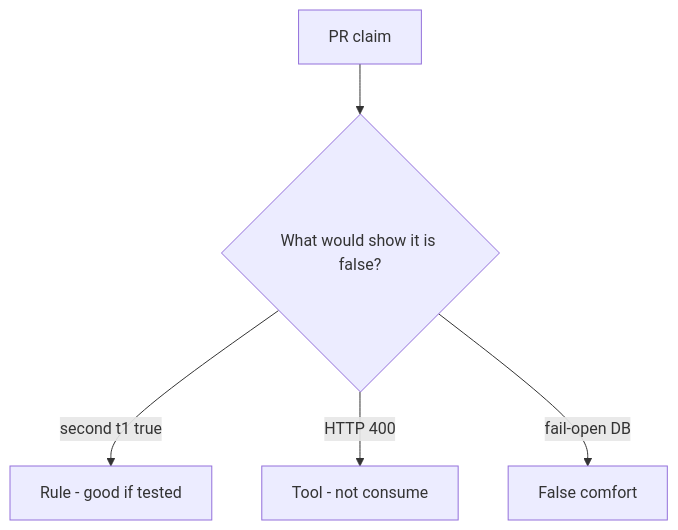
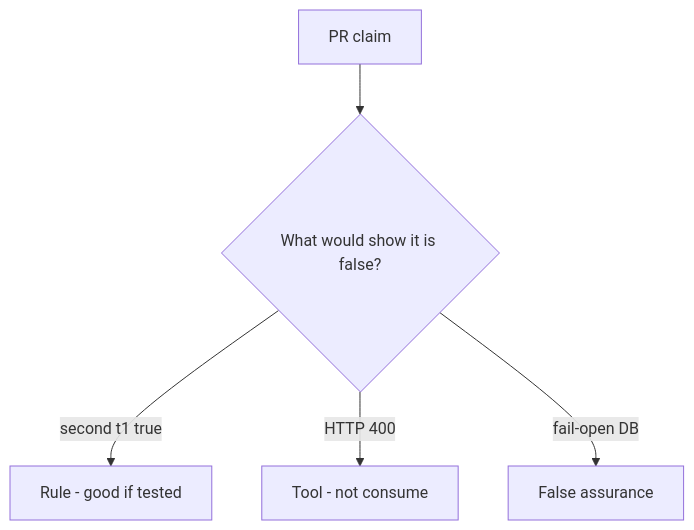
Before and after one commit to ishitvagoel/LearnSecurity: the diagram in content/modules/6/6.6/lessons/08-review.md, drawn with Mermaid. The commit also changed other lines of this file and 240 other files, not shown here.

````diff
--- a/content/modules/6/6.6/lessons/08-review.md
+++ b/content/modules/6/6.6/lessons/08-review.md
@@ -18,7 +18,7 @@
 ```mermaid
 flowchart TD
   Claim[PR claim] --> Q{"What would show it is false?"}
   Q -->|"second t1 true"| Property["Rule - good if tested"]
   Q -->|"HTTP 400"| Mechanism[Tool - not consume]
-  Q -->|"fail-open DB"| False[False comfort]
+  Q -->|"fail-open DB"| False[False assurance]
 ```
````
